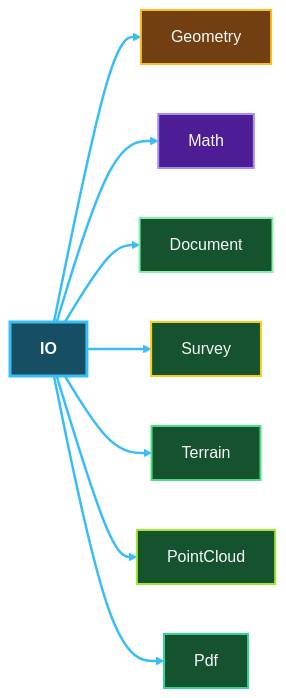
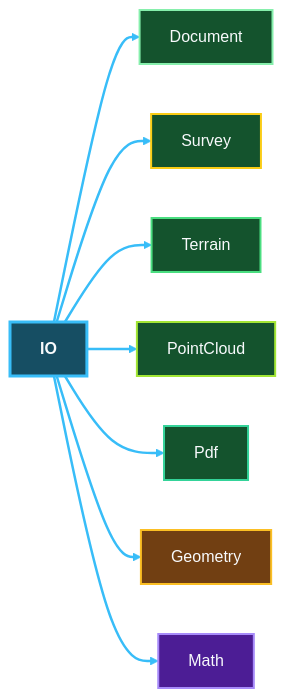
One commit to chetjones003/GoSurvey changed the fifth of 42 diagrams in docs/architecture/system-dependencies.md. Above: the diagram before and after it, drawn with Mermaid (base theme). The commit also changed other lines of this file and 3 other files, not shown here.

First line of the commit message:
tools: structure diagram generator and check it in CI

````diff
--- a/docs/architecture/system-dependencies.md
+++ b/docs/architecture/system-dependencies.md
@@ -222,33 +224,33 @@
 ```mermaid
 flowchart LR
   io__src["<b>IO</b>"]
-  io__geometry["Geometry"]
-  io__math["Math"]
   io__document["Document"]
   io__survey["Survey"]
   io__terrain["Terrain"]
   io__pointcloud["PointCloud"]
   io__pdf["Pdf"]
-  io__src --> io__geometry
-  io__src --> io__math
+  io__geometry["Geometry"]
+  io__math["Math"]
   io__src --> io__document
   io__src --> io__survey
   io__src --> io__terrain
   io__src --> io__pointcloud
   io__src --> io__pdf
+  io__src --> io__geometry
+  io__src --> io__math
   style io__src fill:#164e63,stroke:#38bdf8,stroke-width:3px,color:#f8fafc
-  style io__geometry fill:#713f12,stroke:#fbbf24,stroke-width:2px,color:#f8fafc
-  style io__math fill:#4c1d95,stroke:#a78bfa,stroke-width:2px,color:#f8fafc
   style io__document fill:#14532d,stroke:#86efac,stroke-width:2px,color:#f8fafc
   style io__survey fill:#14532d,stroke:#facc15,stroke-width:2px,color:#f8fafc
   style io__terrain fill:#14532d,stroke:#4ade80,stroke-width:2px,color:#f8fafc
   style io__pointcloud fill:#14532d,stroke:#a3e635,stroke-width:2px,color:#f8fafc
   style io__pdf fill:#14532d,stroke:#34d399,stroke-width:2px,color:#f8fafc
+  style io__geometry fill:#713f12,stroke:#fbbf24,stroke-width:2px,color:#f8fafc
+  style io__math fill:#4c1d95,stroke:#a78bfa,stroke-width:2px,color:#f8fafc
   linkStyle 0 stroke:#38bdf8,stroke-width:2.5px
   linkStyle 1 stroke:#38bdf8,stroke-width:2.5px
   linkStyle 2 stroke:#38bdf8,stroke-width:2.5px
   linkStyle 3 stroke:#38bdf8,stroke-width:2.5px
   linkStyle 4 stroke:#38bdf8,stroke-width:2.5px
   linkStyle 5 stroke:#38bdf8,stroke-width:2.5px
   linkStyle 6 stroke:#38bdf8,stroke-width:2.5px
 ```
````
